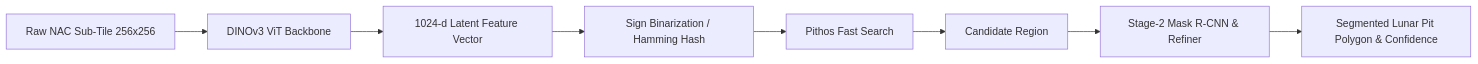
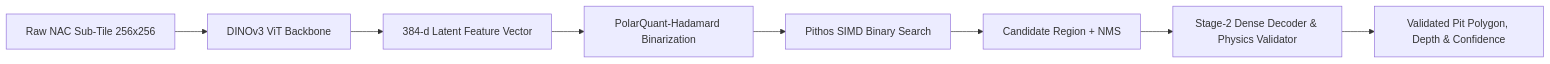
The diagram in docs/guide/vision-and-models.md (Quillstacks/luna), drawn with Mermaid before and after one commit. The commit also changed other lines of this file and 7 other files, not shown here.

````diff
--- a/docs/guide/vision-and-models.md
+++ b/docs/guide/vision-and-models.md
@@ -9,10 +9,10 @@
 ```mermaid
 flowchart LR
-    Raw[Raw NAC Sub-Tile 256x256] --> DINO[DINOv3 ViT Backbone]
-    DINO --> Embedding[1024-d Latent Feature Vector]
-    Embedding --> Binarize[Sign Binarization / Hamming Hash]
-    Binarize --> PithosIndex[Pithos Fast Search]
-    PithosIndex --> Candidate[Candidate Region]
-    Candidate --> Stage2[Stage-2 Mask R-CNN & Refiner]
-    Stage2 --> Output[Segmented Lunar Pit Polygon & Confidence]
+    Raw["Raw NAC Sub-Tile 256x256"] --> DINO["DINOv3 ViT Backbone"]
+    DINO --> Embedding["384-d Latent Feature Vector"]
+    Embedding --> Binarize["PolarQuant-Hadamard Binarization"]
+    Binarize --> PithosIndex["Pithos SIMD Binary Search"]
+    PithosIndex --> Candidate["Candidate Region + NMS"]
+    Candidate --> Stage2["Stage-2 Dense Decoder & Physics Validator"]
+    Stage2 --> Output["Validated Pit Polygon, Depth & Confidence"]
 ```
````
